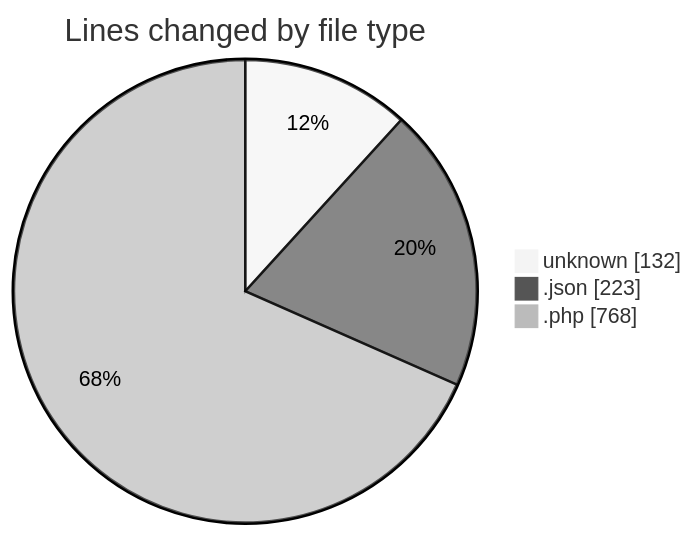
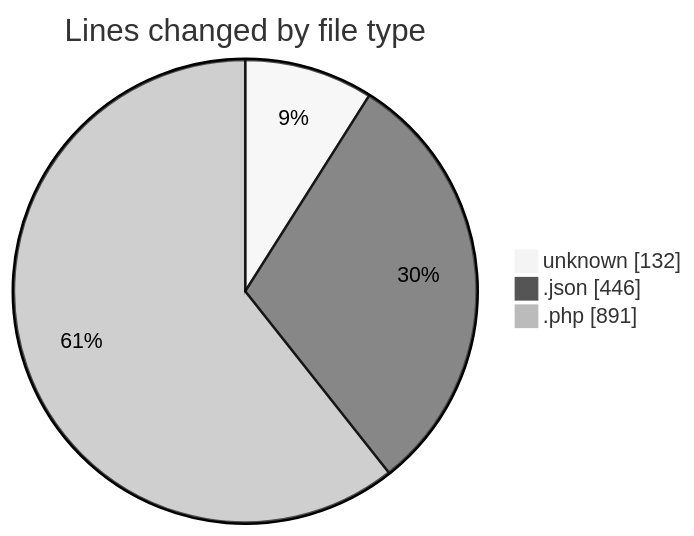
Before and after one commit to idhammustaqopulfikri/code-tracking: the first of 2 diagrams in 2025-03-26/autodidak/README.md, drawn with Mermaid (neutral theme). The commit also changed other lines of this file and 1 other file, not shown here.

````diff
--- a/2025-03-26/autodidak/README.md
+++ b/2025-03-26/autodidak/README.md
@@ -24,7 +25,7 @@
 ```mermaid
 pie showData
 title Lines changed by file type
 "unknown" : 132
-".json" : 223
-".php" : 768
+".json" : 446
+".php" : 891
 ```
````
